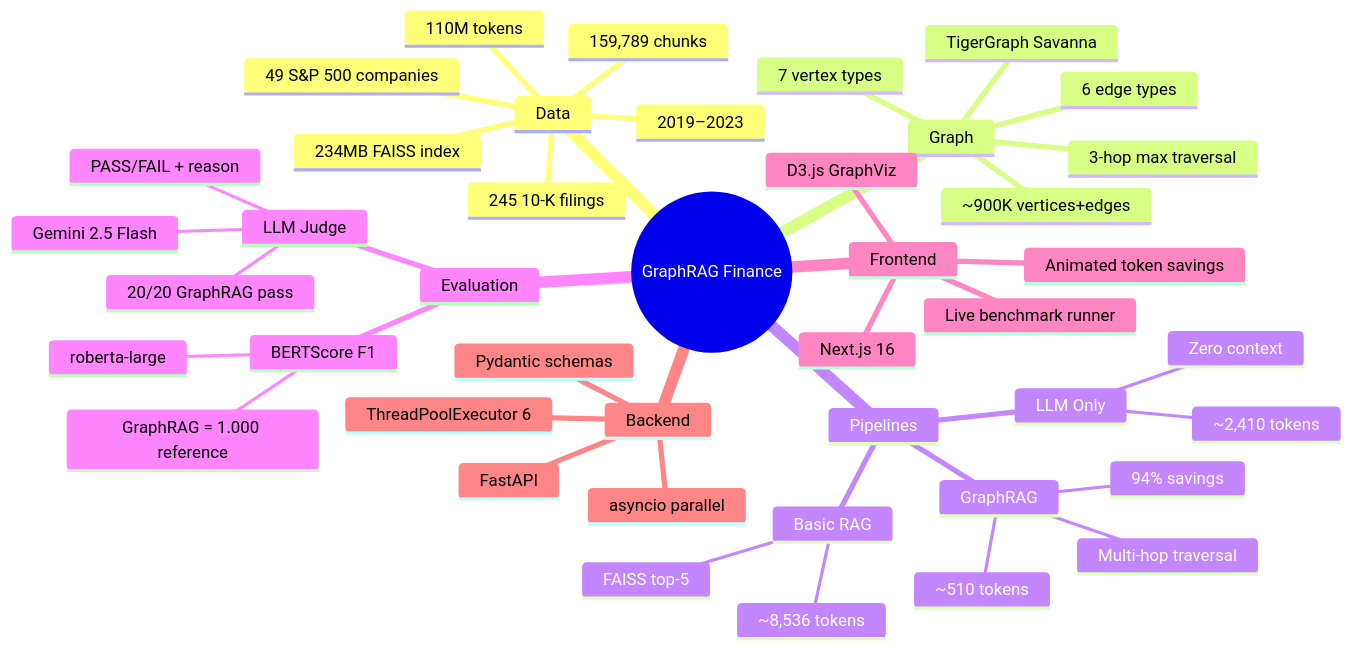
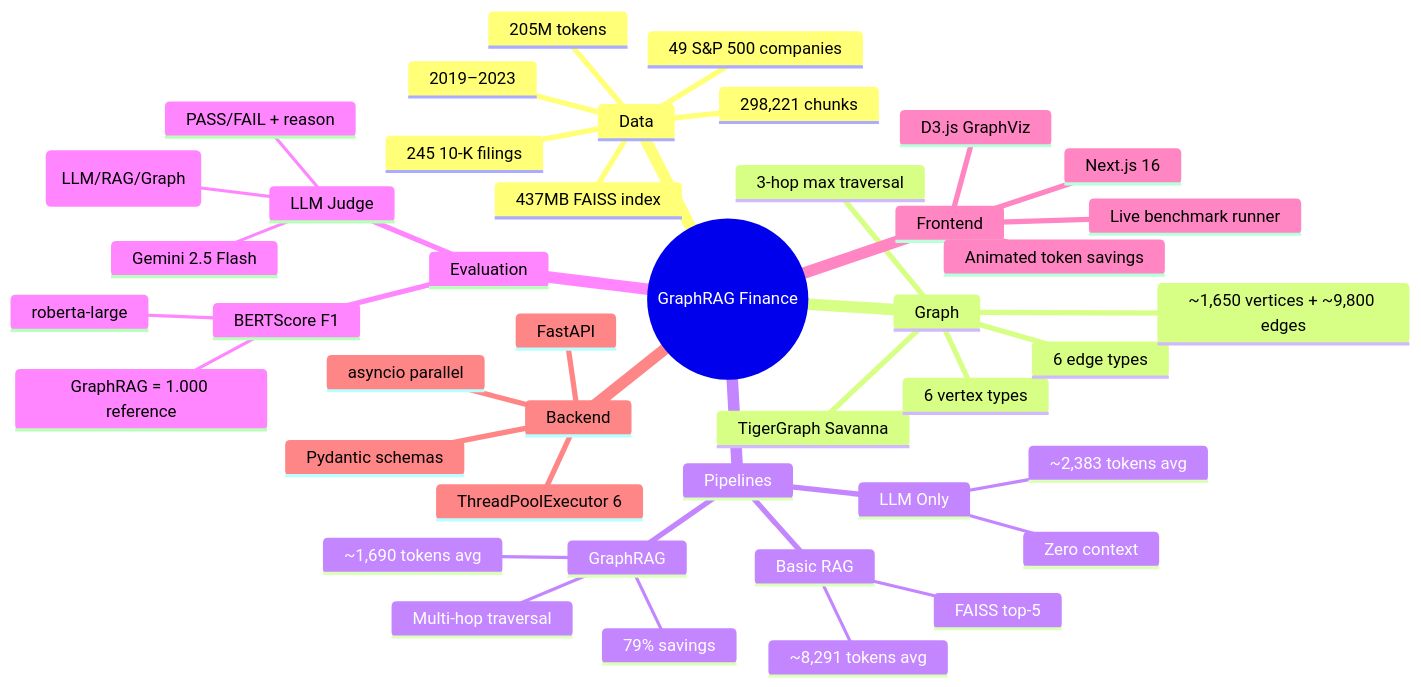
One commit to AayushG10/graprag-evaluation-piplines changed diagram 16 of 16 in architecture.md. Above: the diagram before and after it, drawn with Mermaid. The commit also changed other lines of this file and 14 other files, not shown here.

````diff
--- a/architecture.md
+++ b/architecture.md
@@ -611,46 +611,46 @@
 ```mermaid
 mindmap
   root((GraphRAG Finance))
     Data
       49 S&P 500 companies
       245 10-K filings
       2019–2023
-      159,789 chunks
-      110M tokens
-      234MB FAISS index
+      298,221 chunks
+      205M tokens
+      437MB FAISS index
     Graph
       TigerGraph Savanna
-      7 vertex types
+      6 vertex types
       6 edge types
-      ~900K vertices+edges
+      ~1,650 vertices + ~9,800 edges
       3-hop max traversal
     Pipelines
       LLM Only
         Zero context
-        ~2,410 tokens
+        ~2,383 tokens avg
       Basic RAG
         FAISS top-5
-        ~8,536 tokens
+        ~8,291 tokens avg
       GraphRAG
         Multi-hop traversal
-        ~510 tokens
-        94% savings
+        ~1,690 tokens avg
+        79% savings
     Evaluation
       BERTScore F1
         roberta-large
         GraphRAG = 1.000 reference
       LLM Judge
         Gemini 2.5 Flash
         PASS/FAIL + reason
-        20/20 GraphRAG pass
+        judge: 20/13/3 (LLM/RAG/Graph)
     Frontend
       Next.js 16
       D3.js GraphViz
       Animated token savings
       Live benchmark runner
     Backend
       FastAPI
       asyncio parallel
       ThreadPoolExecutor 6
       Pydantic schemas
 ```
````
